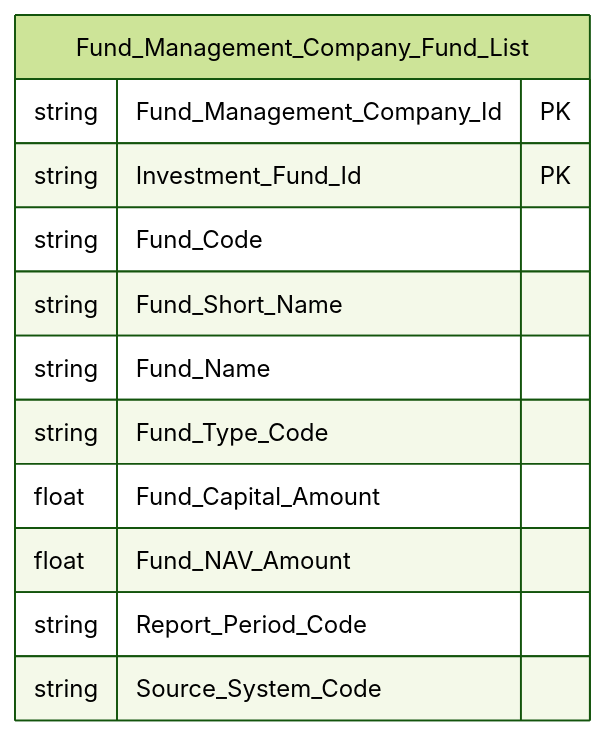
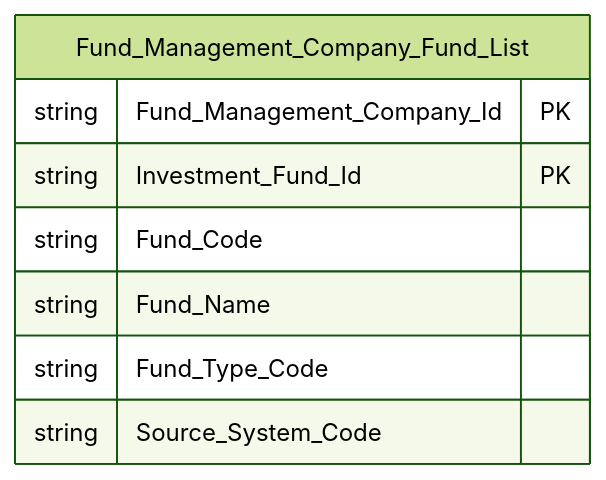
Before and after one commit to linhlvit/ubck_atomic_design: diagram 15 of 37 in Datamart/hld/DTM_FMS_HLD.md, drawn with Mermaid (forest theme). The commit also changed other lines of this file and 5 other files, not shown here.

````diff
--- a/Datamart/hld/DTM_FMS_HLD.md
+++ b/Datamart/hld/DTM_FMS_HLD.md
@@ -669,15 +543,11 @@
 ```mermaid
 erDiagram
     Fund_Management_Company_Fund_List {
         string Fund_Management_Company_Id PK
         string Investment_Fund_Id PK
         string Fund_Code
-        string Fund_Short_Name
         string Fund_Name
         string Fund_Type_Code
-        float Fund_Capital_Amount
-        float Fund_NAV_Amount
-        string Report_Period_Code
         string Source_System_Code
     }
 ```
````
